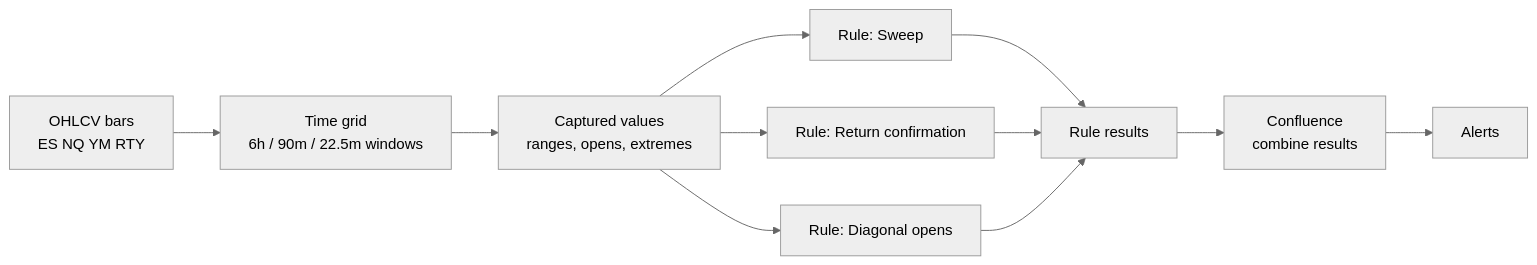
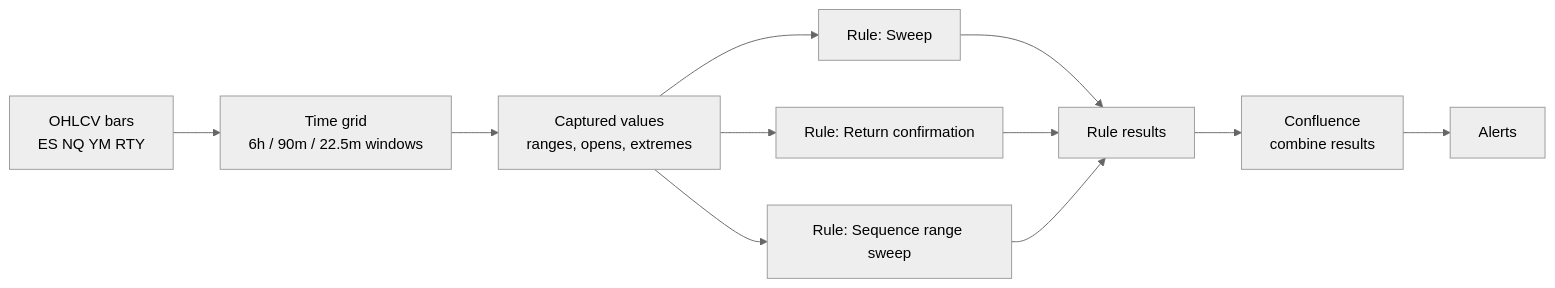
The first of 2 diagrams in documents/implementation_strategy/rules/00_rules_engine.md (parvanescu/ict-backtest-engine), drawn with Mermaid (neutral theme) before and after one commit. The commit also changed other lines of this file and 8 other files, not shown here.

````diff
--- a/documents/implementation_strategy/rules/00_rules_engine.md
+++ b/documents/implementation_strategy/rules/00_rules_engine.md
@@ -9,13 +9,13 @@
 ```mermaid
 flowchart LR
     B[OHLCV bars<br/>ES NQ YM RTY] --> G[Time grid<br/>6h / 90m / 22.5m windows]
     G --> C[Captured values<br/>ranges, opens, extremes]
     C --> R1[Rule: Sweep]
     C --> R2[Rule: Return confirmation]
-    C --> R3[Rule: Diagonal opens]
+    C --> R3[Rule: Sequence range sweep]
     R1 --> RES[Rule results]
     R2 --> RES
     R3 --> RES
     RES --> CF[Confluence<br/>combine results]
     CF --> A[Alerts]
 ```
````
